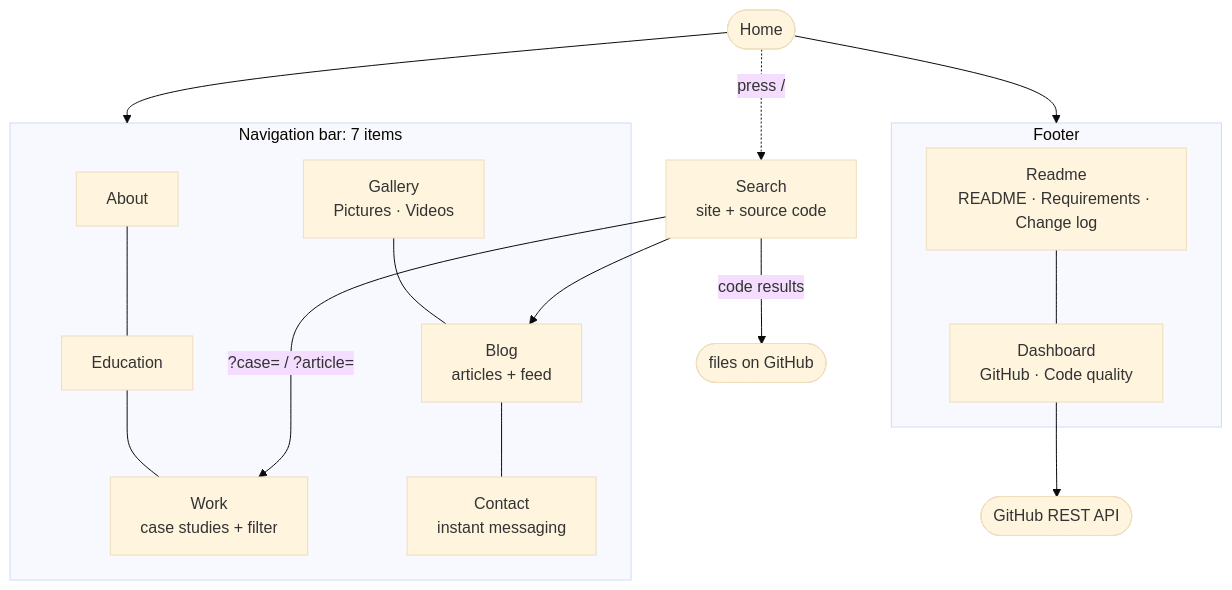
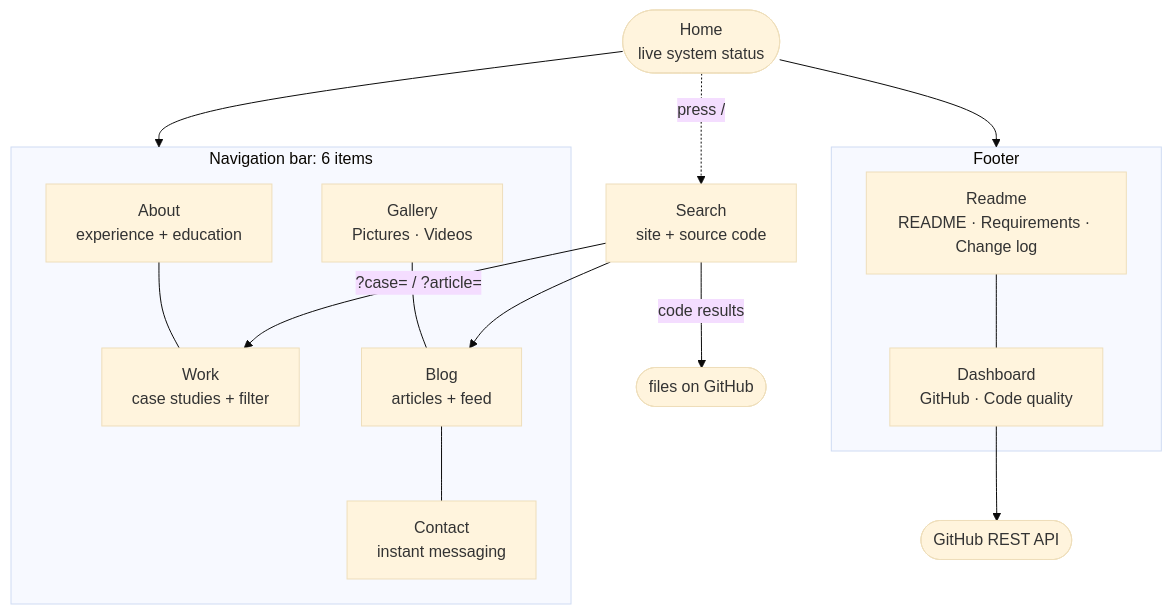
One commit to Jagruti731/cs5709-digital-portfolio changed the diagram in docs/diagrams/site-scheme-v2.mmd. Above: the diagram before and after it, drawn with Mermaid (base theme). The commit also changed 28 other files, not shown here.

First line of the commit message:
perfective: engineer's portfolio - live status panel, new theme, fewer repeated sections (CR-33)

```diff
--- a/docs/diagrams/site-scheme-v2.mmd
+++ b/docs/diagrams/site-scheme-v2.mmd
@@ -1,17 +1,17 @@
 flowchart TB
-  home(["Home"])
-  subgraph MENU["Navigation bar: 7 items"]
-    about[About] --- edu[Education] --- know["Work<br/>case studies + filter"]
+  home(["Home<br/>live system status"])
+  subgraph MENU["Navigation bar: 6 items"]
+    about["About<br/>experience + education"] --- know["Work<br/>case studies + filter"]
     gal["Gallery<br/>Pictures · Videos"] --- blog["Blog<br/>articles + feed"] --- msg["Contact<br/>instant messaging"]
   end
   subgraph FOOT["Footer"]
     readme["Readme<br/>README · Requirements · Change log"] --- dash["Dashboard<br/>GitHub · Code quality"]
   end
   search["Search<br/>site + source code"]
   home --> MENU
   home --> FOOT
   home -. "press /" .-> search
   search -- "?case= / ?article=" --> know
   search --> blog
   search -- "code results" --> gh(["files on GitHub"])
   dash --> gh2(["GitHub REST API"])
```
